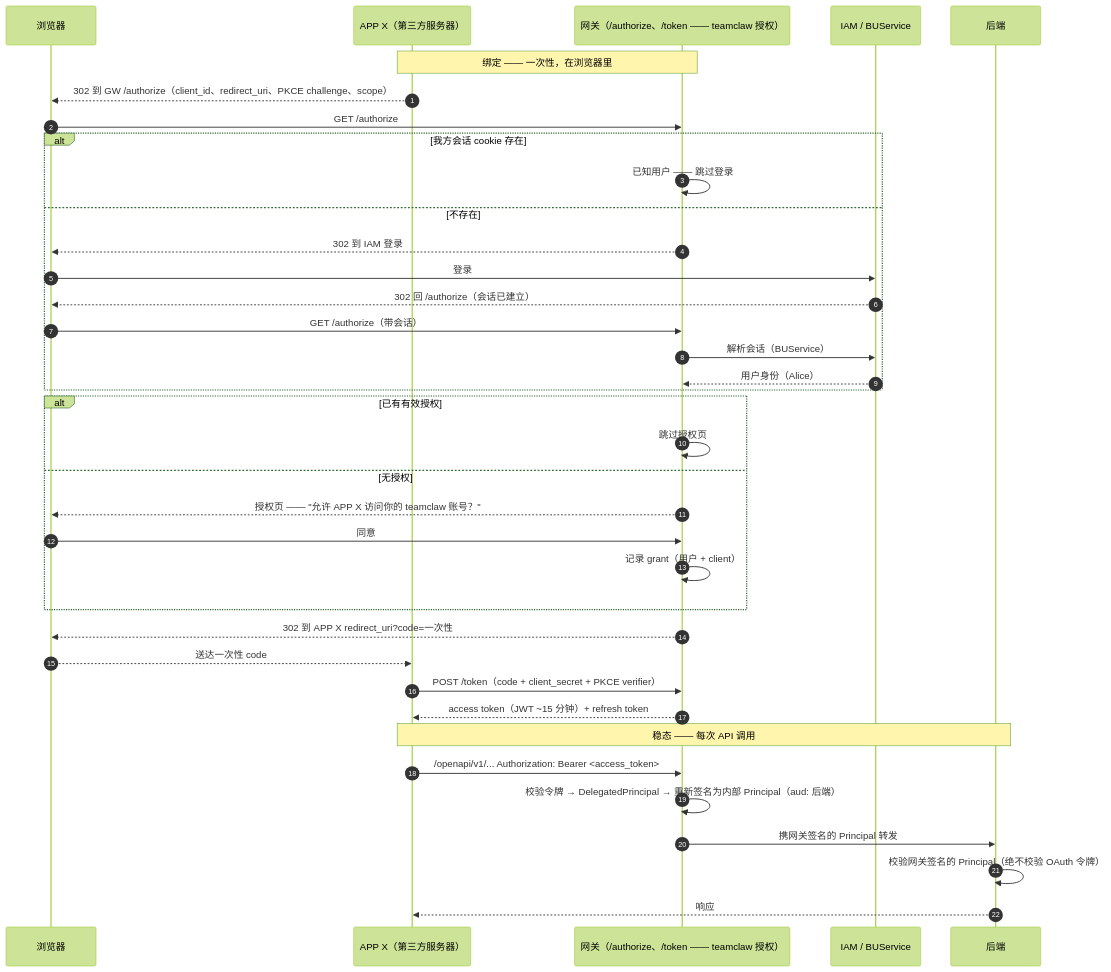
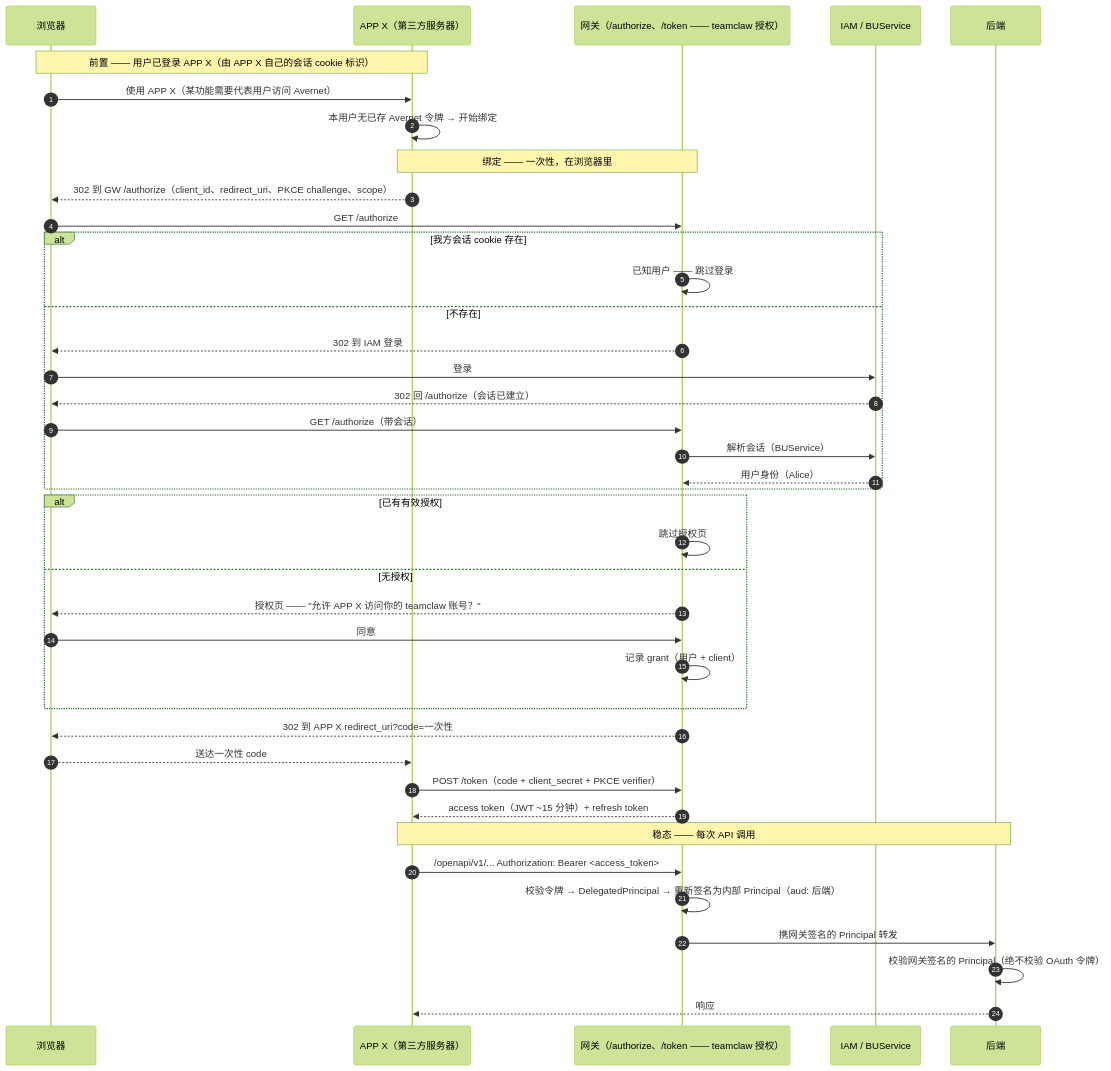
One commit to inclusionAI/Avernet changed the first of 2 diagrams in src/gateway/docs/2026-07-25-third-party-delegated-oauth/SYSTEM-FLOW.zh-CN.md. Above: the diagram before and after it, drawn with Mermaid (forest theme). The commit also changed other lines of this file and 1 other file, not shown here.

First line of the commit message:
docs(gateway): fix community mermaid parse error + add APP X starting point

````diff
--- a/src/gateway/docs/2026-07-25-third-party-delegated-oauth/SYSTEM-FLOW.zh-CN.md
+++ b/src/gateway/docs/2026-07-25-third-party-delegated-oauth/SYSTEM-FLOW.zh-CN.md
@@ -52,41 +52,44 @@
 ```mermaid
 sequenceDiagram
     autonumber
     participant B as 浏览器
     participant X as APP X（第三方服务器）
     participant GW as 网关（/authorize、/token —— teamclaw 授权）
     participant IAM as IAM / BUService
     participant BE as 后端
 
+    Note over B,X: 前置 —— 用户已登录 APP X（由 APP X 自己的会话 cookie 标识）
+    B->>X: 使用 APP X（某功能需要代表用户访问 Avernet）
+    X->>X: 本用户无已存 Avernet 令牌 → 开始绑定
     Note over X,GW: 绑定 —— 一次性，在浏览器里
     X-->>B: 302 到 GW /authorize（client_id、redirect_uri、PKCE challenge、scope）
     B->>GW: GET /authorize
     alt 我方会话 cookie 存在
         GW->>GW: 已知用户 —— 跳过登录
     else 不存在
         GW-->>B: 302 到 IAM 登录
         B->>IAM: 登录
         IAM-->>B: 302 回 /authorize（会话已建立）
         B->>GW: GET /authorize（带会话）
         GW->>IAM: 解析会话（BUService）
         IAM-->>GW: 用户身份（Alice）
     end
     alt 已有有效授权
         GW->>GW: 跳过授权页
     else 无授权
         GW-->>B: 授权页 —— "允许 APP X 访问你的 teamclaw 账号？"
         B->>GW: 同意
         GW->>GW: 记录 grant（用户 + client）
     end
     GW-->>B: 302 到 APP X redirect_uri?code=一次性
     B-->>X: 送达一次性 code
     X->>GW: POST /token（code + client_secret + PKCE verifier）
     GW-->>X: access token（JWT ~15 分钟）+ refresh token
 
     Note over X,BE: 稳态 —— 每次 API 调用
     X->>GW: /openapi/v1/... Authorization: Bearer <access_token>
     GW->>GW: 校验令牌 → DelegatedPrincipal → 重新签名为内部 Principal（aud: 后端）
     GW->>BE: 携网关签名的 Principal 转发
     BE->>BE: 校验网关签名的 Principal（绝不校验 OAuth 令牌）
     BE-->>X: 响应
 ```
````
